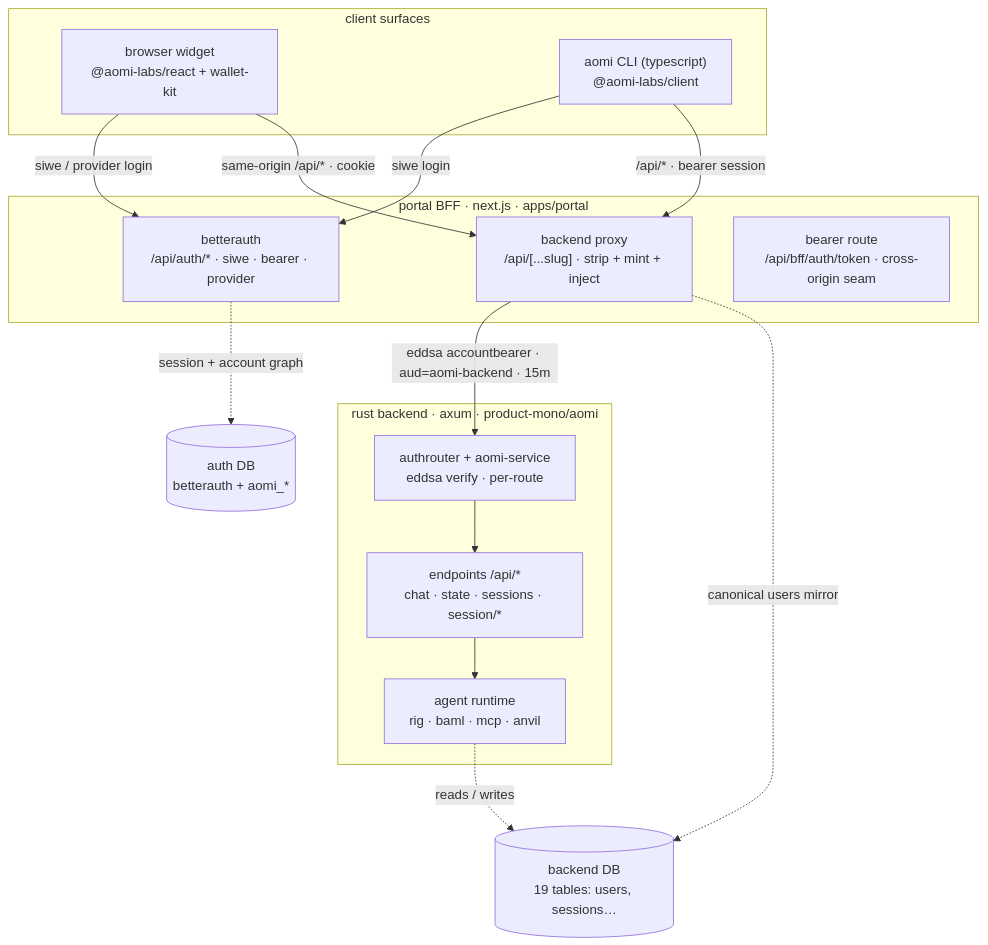
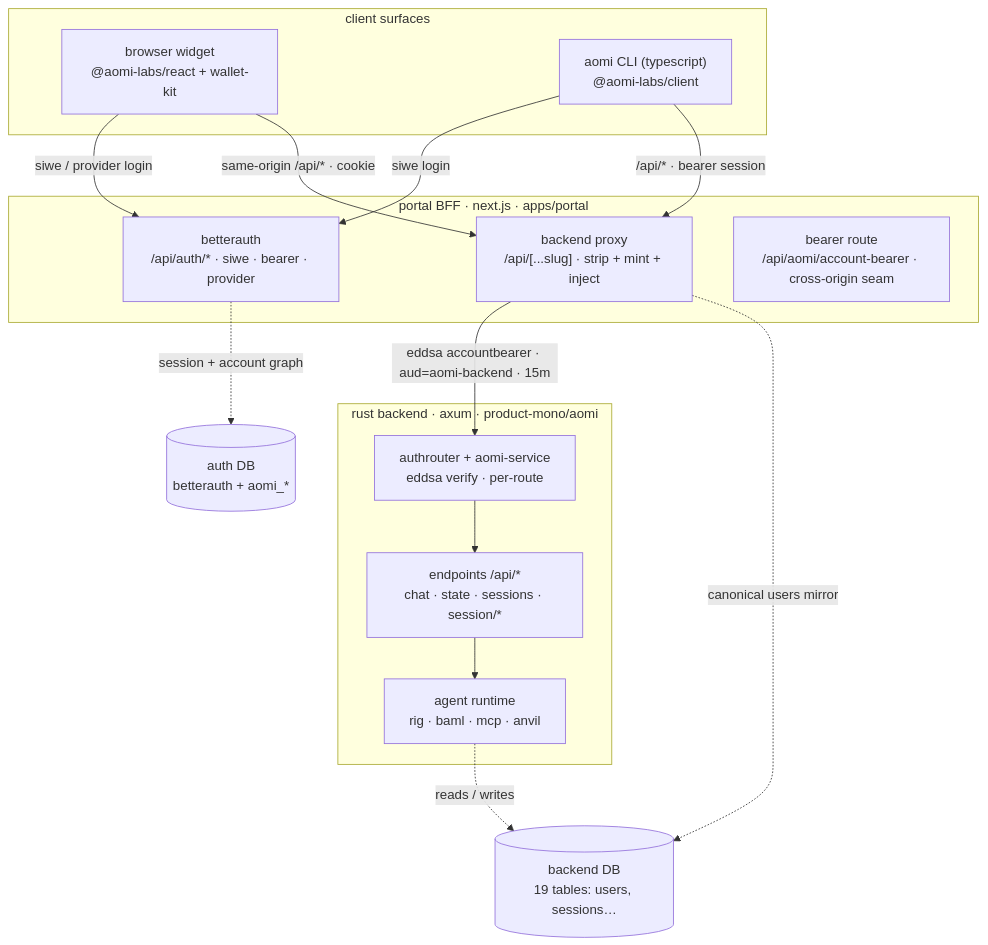
Before and after one commit to aomi-labs/aomi-widget: the first of 8 diagrams in specs/AUTH-STACK-REVIEW.md, drawn with Mermaid. The commit also changed other lines of this file and 73 other files, not shown here.

Commit message:
Clean up auth BFF BetterAuth flow

````diff
--- a/specs/AUTH-STACK-REVIEW.md
+++ b/specs/AUTH-STACK-REVIEW.md
@@ -79,28 +79,28 @@
 ```mermaid
 flowchart TB
   subgraph clients["client surfaces"]
     BW["browser widget<br/>@aomi-labs/react + wallet-kit"]
     TCLI["aomi CLI (typescript)<br/>@aomi-labs/client"]
   end
   subgraph bff["portal BFF · next.js · apps/portal"]
     BA["betterauth<br/>/api/auth/* · siwe · bearer · provider"]
     PX["backend proxy<br/>/api/[...slug] · strip + mint + inject"]
-    TOK["bearer route<br/>/api/bff/auth/token · cross-origin seam"]
+    TOK["bearer route<br/>/api/aomi/account-bearer · cross-origin seam"]
   end
   subgraph be["rust backend · axum · product-mono/aomi"]
     AR["authrouter + aomi-service<br/>eddsa verify · per-route"]
     EP["endpoints /api/*<br/>chat · state · sessions · session/*"]
     RT["agent runtime<br/>rig · baml · mcp · anvil"]
   end
   AUTHDB[("auth DB<br/>betterauth + aomi_*")]
   BEDB[("backend DB<br/>19 tables: users, sessions…")]
   BW -- "siwe / provider login" --> BA
   TCLI -- "siwe login" --> BA
   BW -- "same-origin /api/* · cookie" --> PX
   TCLI -- "/api/* · bearer session" --> PX
   PX -- "eddsa accountbearer · aud=aomi-backend · 15m" --> AR
   AR --> EP --> RT
   BA -. "session + account graph" .-> AUTHDB
   PX -. "canonical users mirror" .-> BEDB
   RT -. "reads / writes" .-> BEDB
 ```
````
